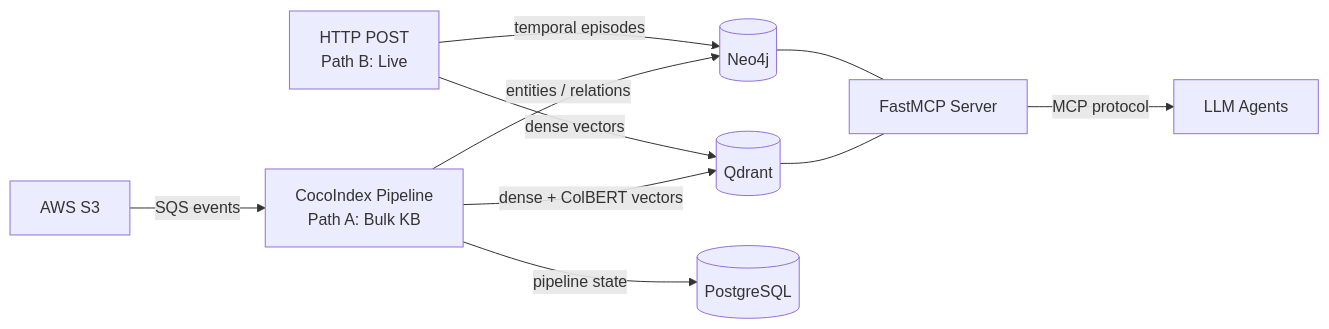
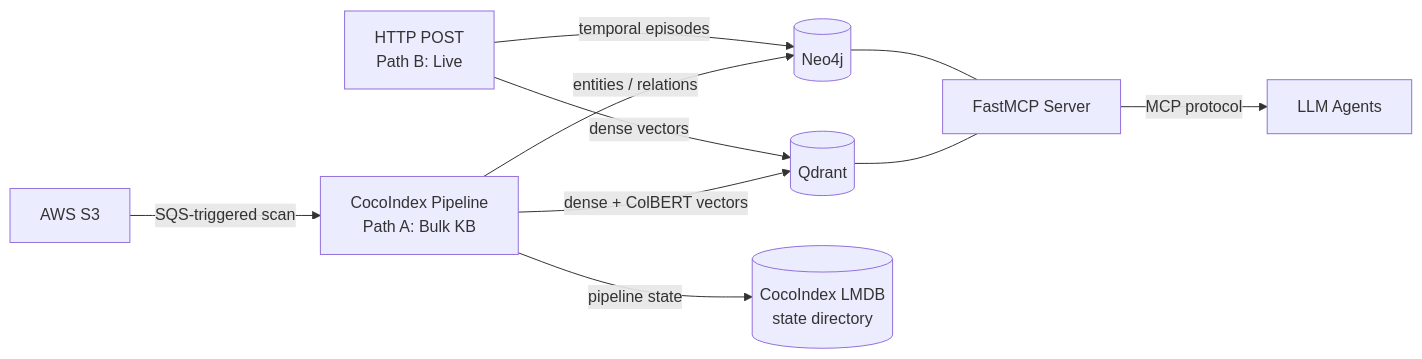
Before and after one commit to dollro/spektr: the diagram in docs/index.md, drawn with Mermaid. The commit also changed other lines of this file and 23 other files, not shown here.

````diff
--- a/docs/index.md
+++ b/docs/index.md
@@ -19,12 +19,12 @@
 ```mermaid
 graph LR
-    S3[AWS S3] -->|SQS events| Pipeline[CocoIndex Pipeline\nPath A: Bulk KB]
+    S3[AWS S3] -->|SQS-triggered scan| Pipeline[CocoIndex Pipeline\nPath A: Bulk KB]
     Pipeline -->|dense + ColBERT vectors| Qdrant[(Qdrant)]
     Pipeline -->|entities / relations| Neo4j[(Neo4j)]
-    Pipeline -->|pipeline state| PG[(PostgreSQL)]
+    Pipeline -->|pipeline state| LMDB[(CocoIndex LMDB\nstate directory)]
     Live[HTTP POST\nPath B: Live] -->|dense vectors| Qdrant
     Live -->|temporal episodes| Neo4j
     Qdrant --- MCP[FastMCP Server]
     Neo4j --- MCP
     MCP -->|MCP protocol| Agent[LLM Agents]
 ```
````
